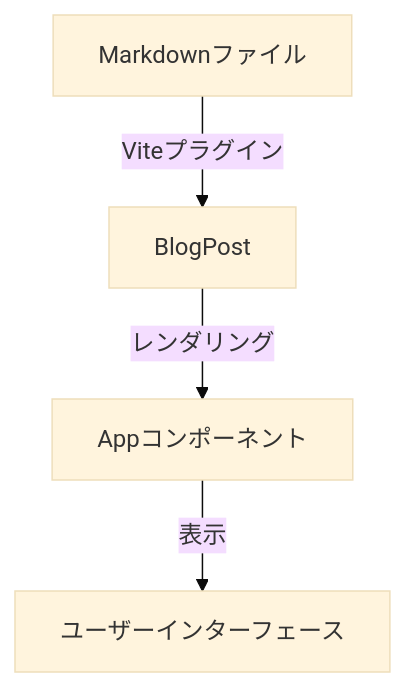
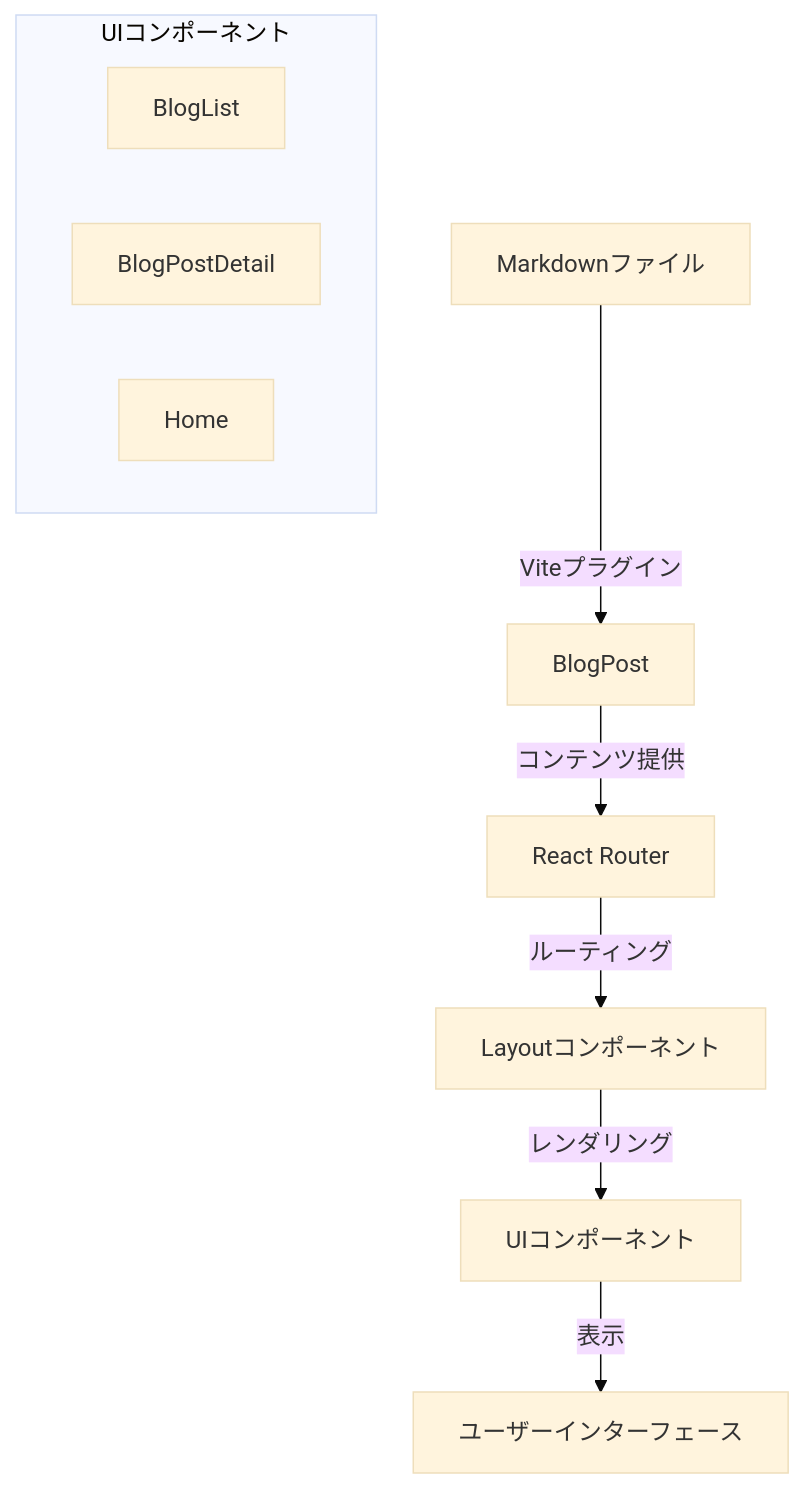
One commit to u1-mas/u1f991-blog changed the first of 2 diagrams in memory-bank/systemPatterns.md. Above: the diagram before and after it, drawn with Mermaid (base theme). The commit also changed other lines of this file and 3 other files, not shown here.

````diff
--- a/memory-bank/systemPatterns.md
+++ b/memory-bank/systemPatterns.md
@@ -5,6 +5,14 @@
 ```mermaid
 graph TD
     MD[Markdownファイル] -->|Viteプラグイン| BP[BlogPost]
-    BP -->|レンダリング| App[Appコンポーネント]
-    App -->|表示| UI[ユーザーインターフェース]
+    BP -->|コンテンツ提供| Router[React Router]
+    Router -->|ルーティング| Layout[Layoutコンポーネント]
+    Layout -->|レンダリング| Components[UIコンポーネント]
+    Components -->|表示| UI[ユーザーインターフェース]
+
+    subgraph UIコンポーネント
+        BlogList[BlogList]
+        BlogPostDetail[BlogPostDetail]
+        Home[Home]
+    end
 ```
````
